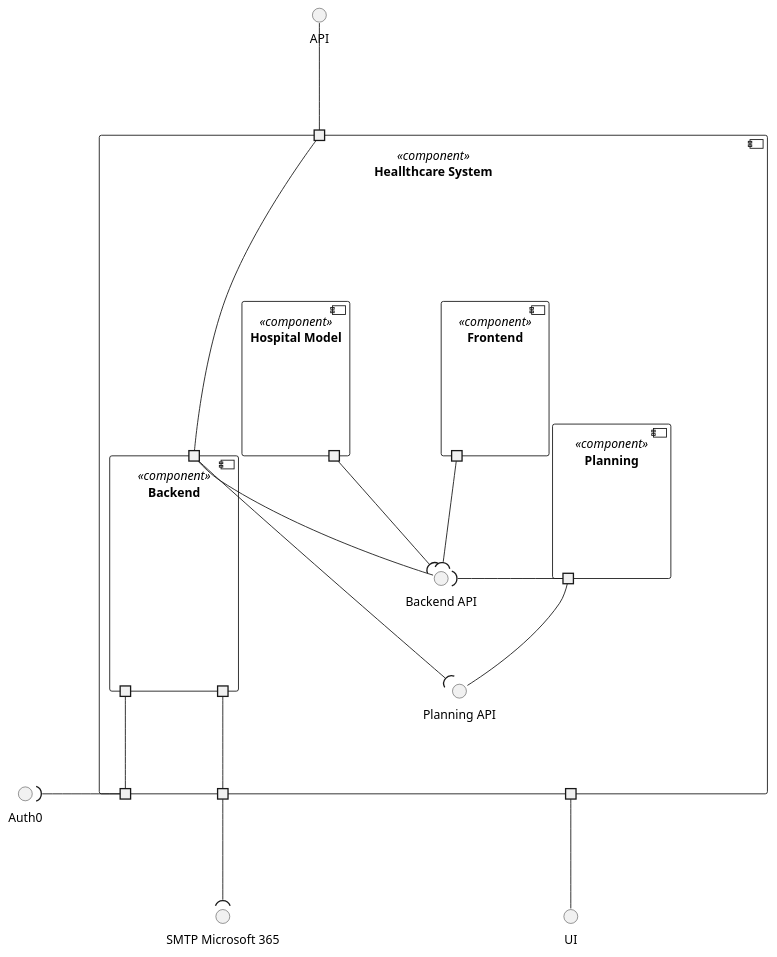
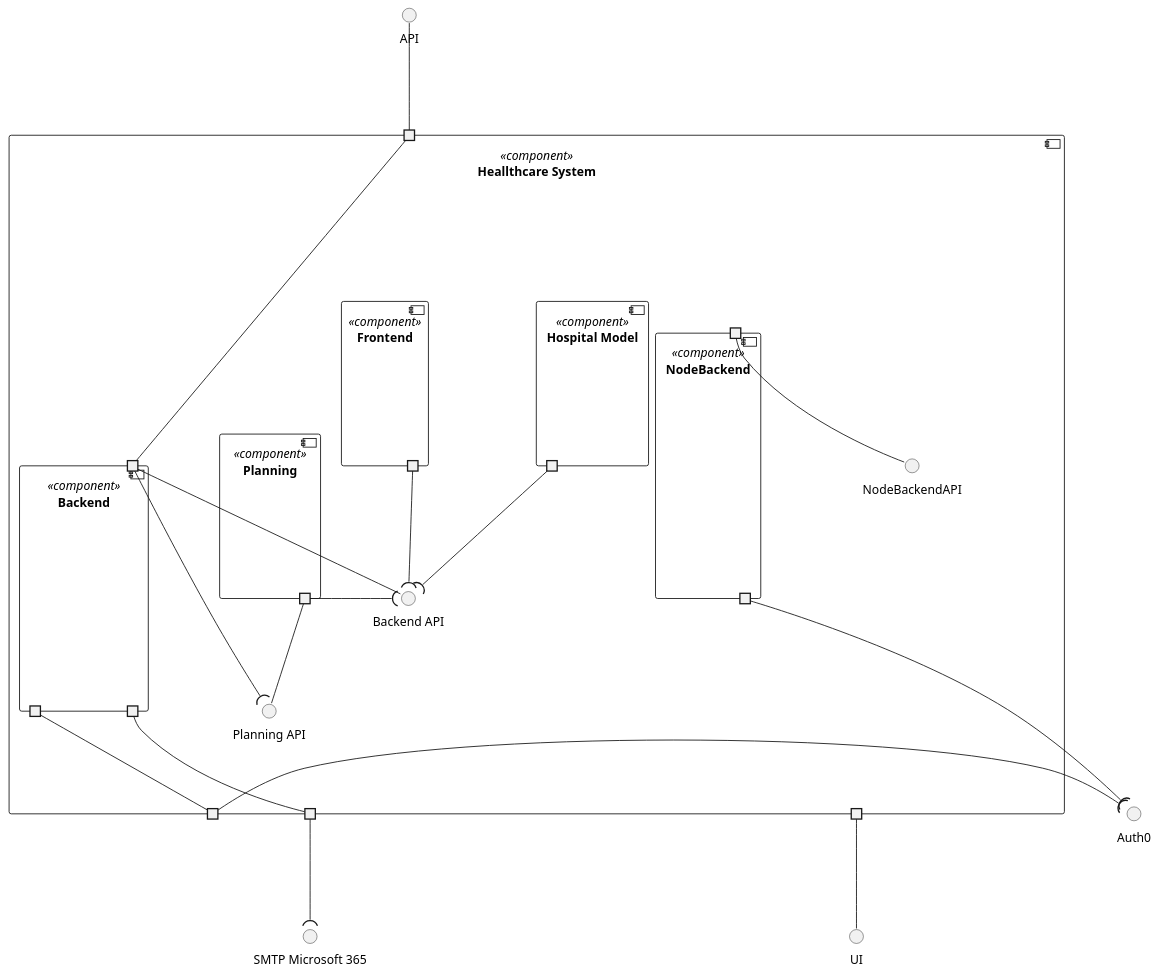
One commit to Lapr5G21/sem5pi-24-25-3ddg21 changed the diagram in docs/LogicViews/Level2/logicViewLevel2.puml. Above: the diagram before and after it, drawn with PlantUML. The commit also changed 8 other files, not shown here.

```diff
--- a/docs/LogicViews/Level2/logicViewLevel2.puml
+++ b/docs/LogicViews/Level2/logicViewLevel2.puml
@@ -1,61 +1,68 @@
 @startuml logical-view
 top to bottom direction
  
 
 skinparam nodesep 100
 skinparam ranksep 100
 
 interface "API" as API
 interface "Auth0" as AUTH0
 interface "SMTP Microsoft 365" as SMTP
 interface "UI" as UI
 
  
 component "Heallthcare System" <<component>> {
  
   portin " " as PIAPI
   portout " " as POAUTH0
   portout " " as POSMTP
   portout " " as POUI
  
  interface "Backend API" as BEAPI
  interface "Planning API" as PAPI
+ interface "NodeBackendAPI" as NBEAPI
 
   component "Planning" <<component>> {
     portout " " as POPLANNING
   }
 
   component "Frontend" <<component>> {
     portout " " as POFE
   }
 
   component "Hospital Model" <<component>> {
     portout " " as POHM
   }
 
   component "Backend" <<component>> {
     portin " " as BEPI
     portout " " as BEPOAUTH0
     portout " " as BEPOSMTP
   }
+
+  component "NodeBackend" <<component>> {
+    portin " " as NBEPI
+    portout " " as NBEPOAUTH0
+  }
  
  POPLANNING -( BEAPI
   POFE --( BEAPI
   BEPI -- BEAPI
   POHM --( BEAPI
   BEPI -( PAPI
   POPLANNING -- PAPI
-
+  NBEPI -- NBEAPI
+  NBEPOAUTH0 --( AUTH0
  
 }
  
 POUI -- UI
 API -- PIAPI
 POAUTH0 -l-( AUTH0
 BEPOAUTH0 -- POAUTH0
 BEPI -- PIAPI
 POSMTP --( SMTP
 BEPOSMTP -- POSMTP
 
  
 @enduml
```
